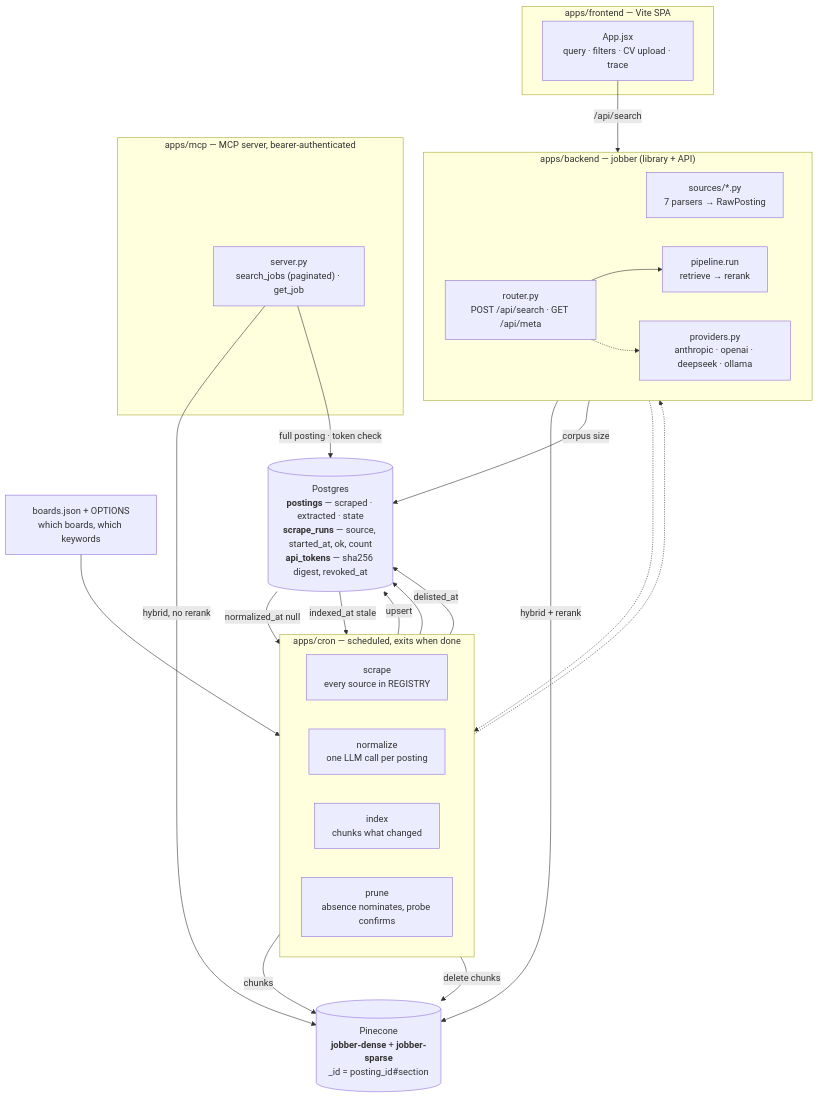
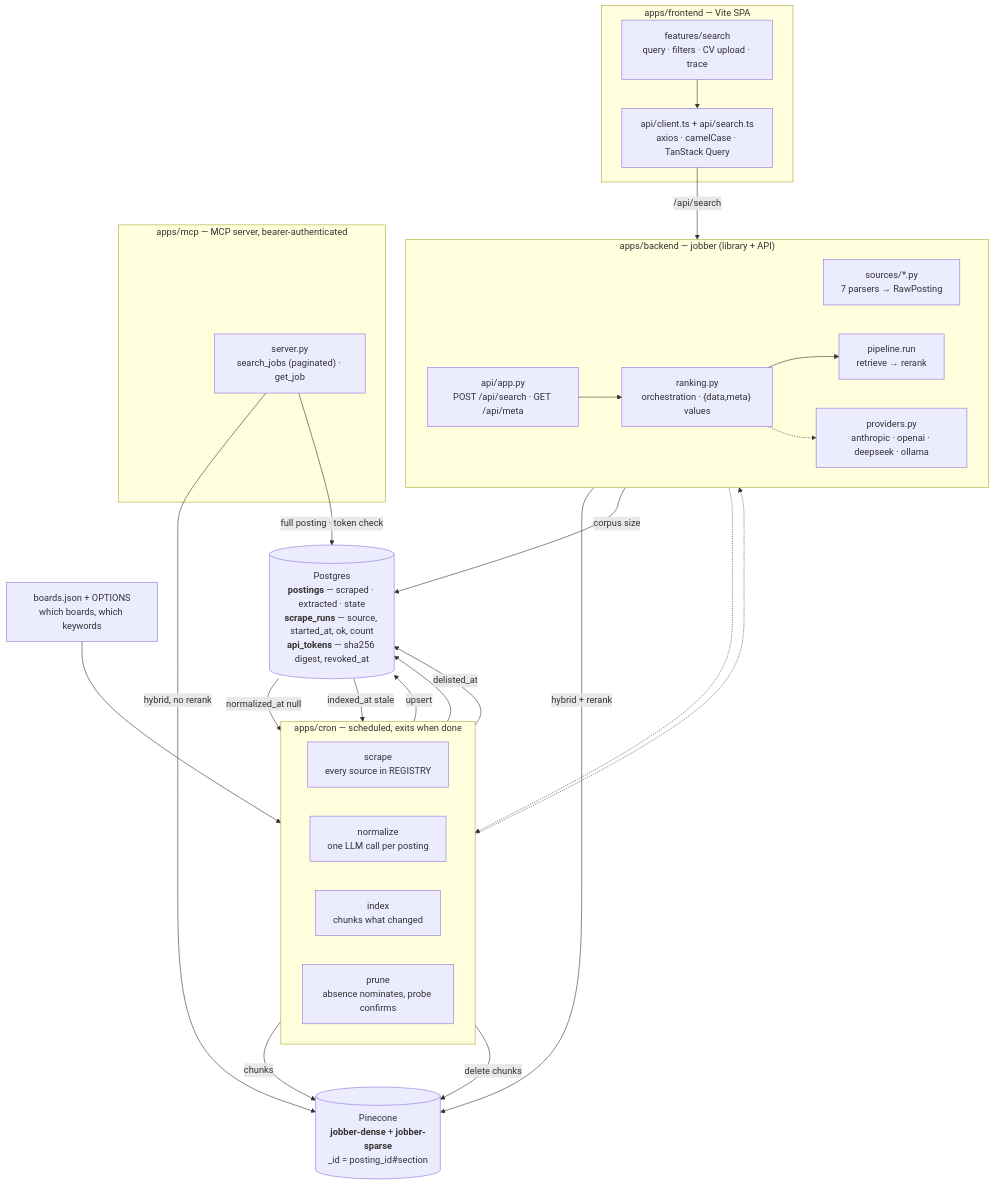
The diagram in README.md (NotVadusha/Jobber.it), drawn with Mermaid before and after one commit. The commit also changed other lines of this file and 18 other files, not shown here.

Commit message:
chore: add release 1 architecture documentation

````diff
--- a/README.md
+++ b/README.md
@@ -9,49 +9,53 @@
 ```mermaid
 flowchart TB
   boards["boards.json + OPTIONS<br/>which boards, which keywords"]
 
   subgraph cron["apps/cron — scheduled, exits when done"]
     direction LR
     scrape["scrape<br/>every source in REGISTRY"]
     norm["normalize<br/>one LLM call per posting"]
     idxstep["index<br/>chunks what changed"]
     prune["prune<br/>absence nominates, probe confirms"]
   end
 
   subgraph backend["apps/backend — jobber (library + API)"]
     direction LR
     parsers["sources/*.py<br/>7 parsers → RawPosting"]
     prov["providers.py<br/>anthropic · openai · deepseek · ollama"]
-    api["router.py<br/>POST /api/search · GET /api/meta"]
+    api["api/app.py<br/>POST /api/search · GET /api/meta"]
+    rank["ranking.py<br/>orchestration · {data,meta} values"]
     pipe["pipeline.run<br/>retrieve → rerank"]
   end
 
   subgraph mcp["apps/mcp — MCP server, bearer-authenticated"]
     tools["server.py<br/>search_jobs (paginated) · get_job"]
   end
 
   subgraph fe["apps/frontend — Vite SPA"]
-    ui["App.jsx<br/>query · filters · CV upload · trace"]
+    ui["features/search<br/>query · filters · CV upload · trace"]
+    client["api/client.ts + api/search.ts<br/>axios · camelCase · TanStack Query"]
   end
 
   pg[("Postgres<br/><b>postings</b> — scraped · extracted · state<br/><b>scrape_runs</b> — source, started_at, ok, count<br/><b>api_tokens</b> — sha256 digest, revoked_at")]
   pc[("Pinecone<br/><b>jobber-dense</b> + <b>jobber-sparse</b><br/>_id = posting_id#section")]
 
   boards --> scrape
   parsers -.-> scrape
   scrape -->|upsert| pg
   pg -->|normalized_at null| norm
   norm -.-> prov
   norm --> pg
   pg -->|indexed_at stale| idxstep
   idxstep -->|chunks| pc
   prune -->|delete chunks| pc
   prune -->|delisted_at| pg
-  ui -->|/api/search| api
-  api --> pipe
+  ui --> client
+  client -->|/api/search| api
+  api --> rank
+  rank --> pipe
   pipe -->|hybrid + rerank| pc
   api -->|corpus size| pg
-  api -.-> prov
+  rank -.-> prov
   tools -->|hybrid, no rerank| pc
   tools -->|full posting · token check| pg
 ```
````
